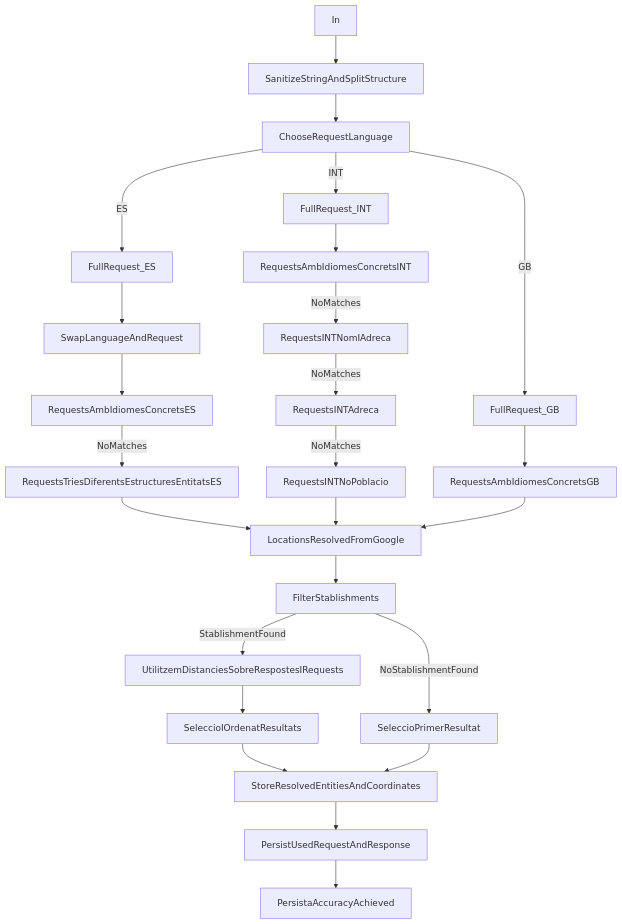
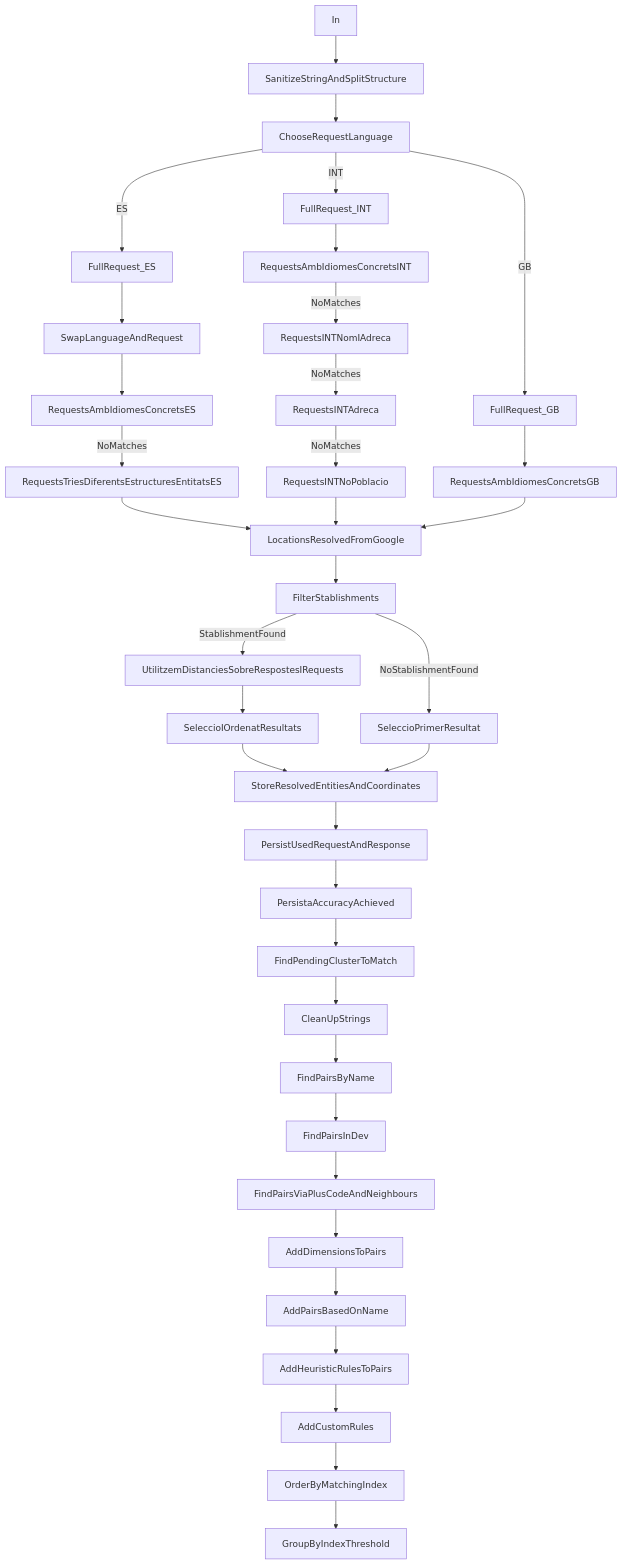
Before and after one commit to 00spoiler00/documentation: the diagram in content/matching/index.md, drawn with Mermaid. The commit also changed other lines of this file, not shown here.

Commit message:
Update matching section

````diff
--- a/content/matching/index.md
+++ b/content/matching/index.md
@@ -14,21 +29,23 @@
 ```mermaid
 
 flowchart TD
 
 In --> SanitizeStringAndSplitStructure --> ChooseRequestLanguage
 
 ChooseRequestLanguage -->|ES| FullRequest_ES
 ChooseRequestLanguage -->|INT| FullRequest_INT
 ChooseRequestLanguage -->|GB| FullRequest_GB
 
 FullRequest_ES --> SwapLanguageAndRequest --> RequestsAmbIdiomesConcretsES -->|NoMatches| RequestsTriesDiferentsEstructuresEntitatsES --> LocationsResolvedFromGoogle
 FullRequest_INT --> RequestsAmbIdiomesConcretsINT -->|NoMatches| RequestsINTNomIAdreca -->|NoMatches| RequestsINTAdreca -->|NoMatches| RequestsINTNoPoblacio --> LocationsResolvedFromGoogle 
 FullRequest_GB --> RequestsAmbIdiomesConcretsGB --> LocationsResolvedFromGoogle
 
 LocationsResolvedFromGoogle --> FilterStablishments 
 FilterStablishments -->|StablishmentFound| UtilitzemDistanciesSobreRespostesIRequests --> SeleccioIOrdenatResultats --> StoreResolvedEntitiesAndCoordinates
 FilterStablishments -->|NoStablishmentFound| SeleccioPrimerResultat --> StoreResolvedEntitiesAndCoordinates
 
-StoreResolvedEntitiesAndCoordinates --> PersistUsedRequestAndResponse --> PersistaAccuracyAchieved
+StoreResolvedEntitiesAndCoordinates --> PersistUsedRequestAndResponse --> PersistaAccuracyAchieved --> FindPendingClusterToMatch --> 
+CleanUpStrings --> FindPairsByName --> FindPairsInDev --> 
+FindPairsViaPlusCodeAndNeighbours --> AddDimensionsToPairs --> AddPairsBasedOnName --> AddHeuristicRulesToPairs --> AddCustomRules --> OrderByMatchingIndex --> GroupByIndexThreshold 
 
 ```
````
